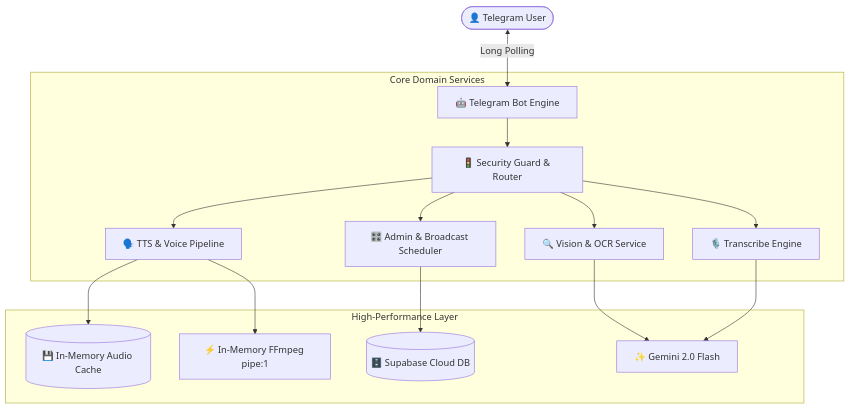
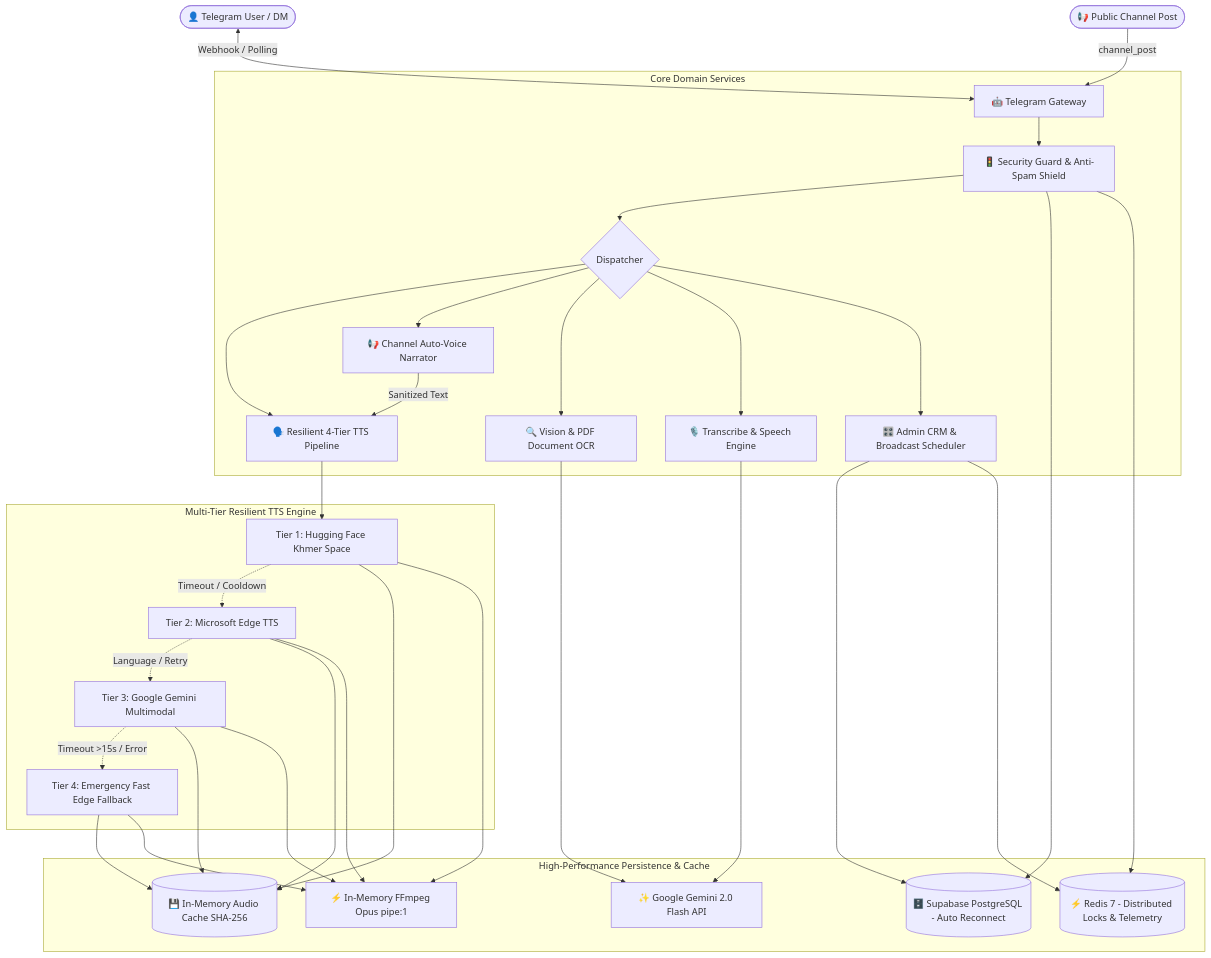
The diagram in README.md (Heng-zm/bot-voice), drawn with Mermaid before and after one commit. The commit also changed other lines of this file and 9 other files, not shown here.

````diff
--- a/README.md
+++ b/README.md
@@ -171,20 +173,32 @@
 ```mermaid
 flowchart TD
-    User([👤 Telegram User]) <-->|Long Polling| TG[🤖 Telegram Bot Engine]
+    User([👤 Telegram User / DM]) <-->|Webhook / Polling| TG[🤖 Telegram Gateway]
+    Channel([📢 Public Channel Post]) -->|channel_post| TG
     
     subgraph "Core Domain Services"
-        TG --> Router[🚦 Security Guard & Router]
-        Router --> TTS[🗣️ TTS & Voice Pipeline]
-        Router --> OCR[🔍 Vision & OCR Service]
-        Router --> STT[🎙️ Transcribe Engine]
-        Router --> Admin[🎛️ Admin & Broadcast Scheduler]
+        TG --> Guard[🚦 Security Guard & Anti-Spam Shield]
+        Guard --> Router{Dispatcher}
+        Router --> TTS[🗣️ Resilient 4-Tier TTS Pipeline]
+        Router --> ChanNarrator[📢 Channel Auto-Voice Narrator]
+        Router --> OCR[🔍 Vision & PDF Document OCR]
+        Router --> STT[🎙️ Transcribe & Speech Engine]
+        Router --> Admin[🎛️ Admin CRM & Broadcast Scheduler]
+        
+        ChanNarrator -->|Sanitized Text| TTS
     end
     
-    subgraph "High-Performance Layer"
-        TTS --> Cache[(💾 In-Memory Audio Cache)]
-        TTS --> FFmpeg[⚡ In-Memory FFmpeg pipe:1]
-        Admin --> DB[(🗄️ Supabase Cloud DB)]
-        OCR --> Gemini[✨ Gemini 2.0 Flash]
-        STT --> Gemini
+    subgraph "Multi-Tier Resilient TTS Engine"
+        TTS --> T1[Tier 1: Hugging Face Khmer Space]
+        T1 -.->|Timeout / Cooldown| T2[Tier 2: Microsoft Edge TTS]
+        T2 -.->|Language / Retry| T3[Tier 3: Google Gemini Multimodal]
+        T3 -.->|Timeout >15s / Error| T4[Tier 4: Emergency Fast Edge Fallback]
+    end
+    
+    subgraph "High-Performance Persistence & Cache"
+        T1 & T2 & T3 & T4 --> Cache[(💾 In-Memory Audio Cache SHA-256)]
+        T1 & T2 & T3 & T4 --> FFmpeg[⚡ In-Memory FFmpeg Opus pipe:1]
+        Admin & Guard --> DB[(🗄️ Supabase PostgreSQL - Auto Reconnect)]
+        Admin & Guard --> Redis[(⚡ Redis 7 - Distributed Locks & Telemetry)]
+        OCR & STT --> Gemini[✨ Google Gemini 2.0 Flash API]
     end
 ```
````
